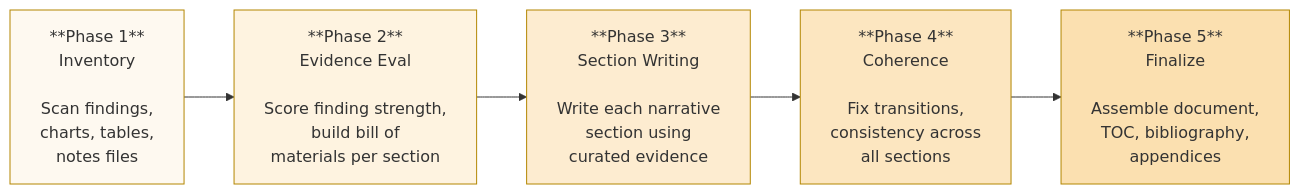
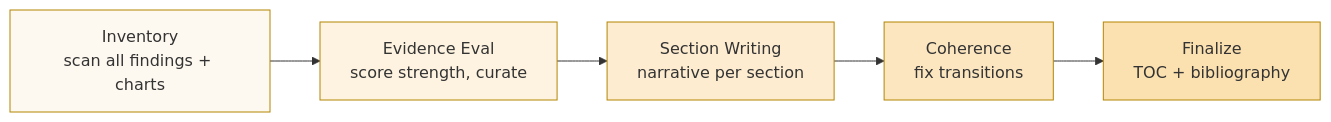
Before and after one commit to jweinberg-a2a/versifai-data-agents: the ninth of 11 diagrams in docs/architecture.md, drawn with Mermaid. The commit also changed other lines of this file and 4 other files, not shown here.

Commit message:
diagrams fixed

````diff
--- a/docs/architecture.md
+++ b/docs/architecture.md
@@ -414,19 +287,13 @@
 ```mermaid
 flowchart LR
-    P1["**Phase 1**<br>Inventory<br><br>Scan findings,<br>charts, tables,<br>notes files"]
-    P2["**Phase 2**<br>Evidence Eval<br><br>Score finding strength,<br>build bill of<br>materials per section"]
-    P3["**Phase 3**<br>Section Writing<br><br>Write each narrative<br>section using<br>curated evidence"]
-    P4["**Phase 4**<br>Coherence<br><br>Fix transitions,<br>consistency across<br>all sections"]
-    P5["**Phase 5**<br>Finalize<br><br>Assemble document,<br>TOC, bibliography,<br>appendices"]
-
-    P1 --> P2
-    P2 --> P3
-    P3 --> P4
-    P4 --> P5
+    P1["Inventory<br>scan all findings + charts"] --> P2["Evidence Eval<br>score strength, curate"]
+    P2 --> P3["Section Writing<br>narrative per section"]
+    P3 --> P4["Coherence<br>fix transitions"]
+    P4 --> P5["Finalize<br>TOC + bibliography"]
 
     style P1 fill:#fef9f0,stroke:#b38600
     style P2 fill:#fef3e0,stroke:#b38600
     style P3 fill:#fdecd0,stroke:#b38600
     style P4 fill:#fce6c0,stroke:#b38600
     style P5 fill:#fbe0b0,stroke:#b38600
 ```
````
